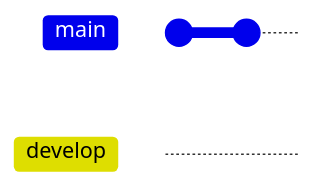
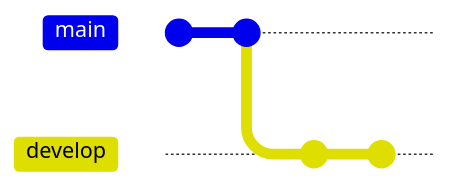
The diagram in readme-git.md (urotansh/git-practice), drawn with Mermaid before and after one commit. Commit ids are hidden.

Commit message:
checkout develop

````diff
--- a/readme-git.md
+++ b/readme-git.md
@@ -1,6 +1,9 @@
 ```mermaid
 gitGraph
   commit
   commit
   branch develop
+  checkout develop
+  commit
+  commit
 ```
````
